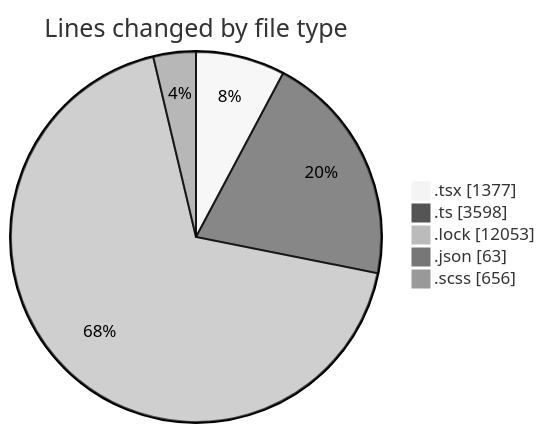
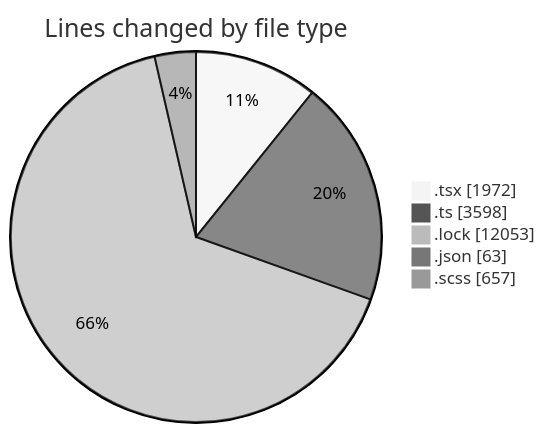
One commit to momahboobian/code-tracking changed the first of 2 diagrams in 2025-12-03/cda/README.md. Above: the diagram before and after it, drawn with Mermaid (neutral theme). The commit also changed other lines of this file and 1 other file, not shown here.

````diff
--- a/2025-12-03/cda/README.md
+++ b/2025-12-03/cda/README.md
@@ -27,9 +28,9 @@
 ```mermaid
 pie showData
 title Lines changed by file type
-".tsx" : 1377
+".tsx" : 1972
 ".ts" : 3598
 ".lock" : 12053
 ".json" : 63
-".scss" : 656
+".scss" : 657
 ```
````
